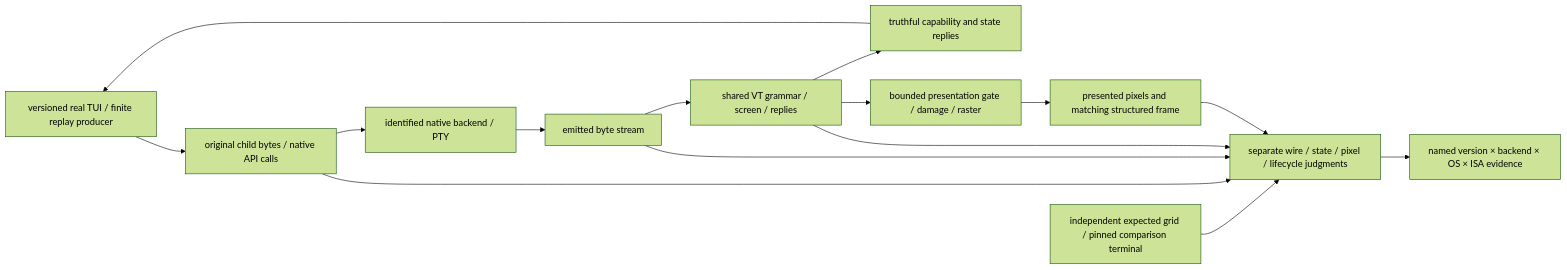
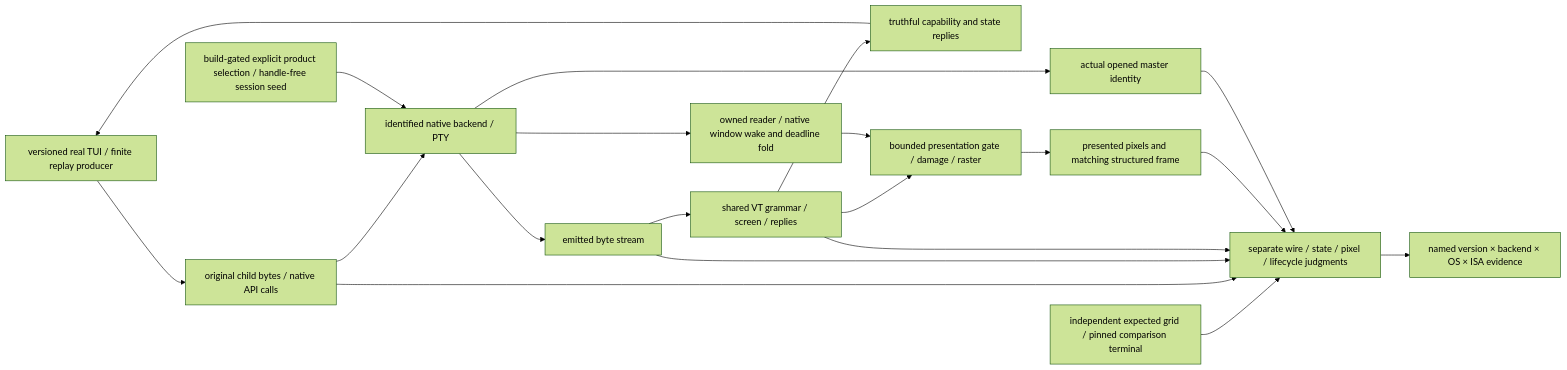
Before and after one commit to partnernetsoftware/minicon: the diagram in prd/PRD_02_24_01_tui_compatibility.md, drawn with Mermaid (forest theme). The commit also changed other lines of this file and 14 other files, not shown here.

````diff
--- a/prd/PRD_02_24_01_tui_compatibility.md
+++ b/prd/PRD_02_24_01_tui_compatibility.md
@@ -64,14 +74,17 @@
 ```mermaid
 flowchart LR
     APP["versioned real TUI / finite replay producer"] --> RAW["original child bytes / native API calls"]
     RAW --> OS["identified native backend / PTY"]
     OS --> WIRE["emitted byte stream"]
     WIRE --> VT["shared VT grammar / screen / replies"]
     VT --> REPLY["truthful capability and state replies"]
     REPLY --> APP
     VT --> PRESENT["bounded presentation gate / damage / raster"]
     PRESENT --> FRAME["presented pixels and matching structured frame"]
     EXPECT["independent expected grid / pinned comparison terminal"] --> COURT["separate wire / state / pixel / lifecycle judgments"]
     RAW & WIRE & VT & FRAME --> COURT
+    SELECT["build-gated explicit product selection / handle-free session seed"] --> OS
+    OS --> ID["actual opened master identity"] --> COURT
+    OS --> WAKE["owned reader / native window wake and deadline fold"] --> PRESENT
     COURT --> SCOPE["named version × backend × OS × ISA evidence"]
 ```
````
